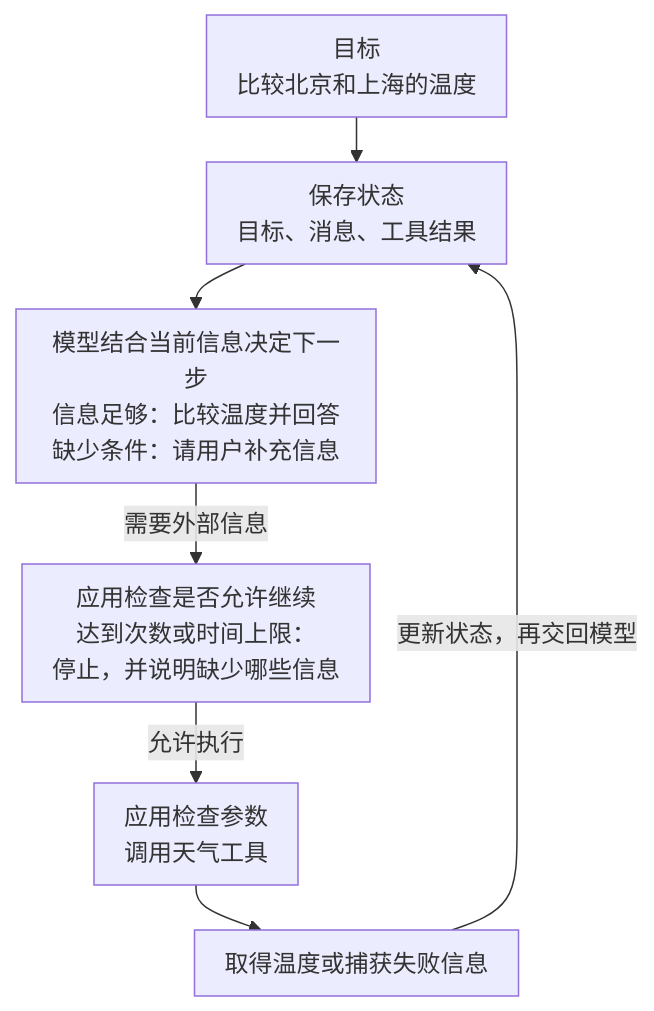
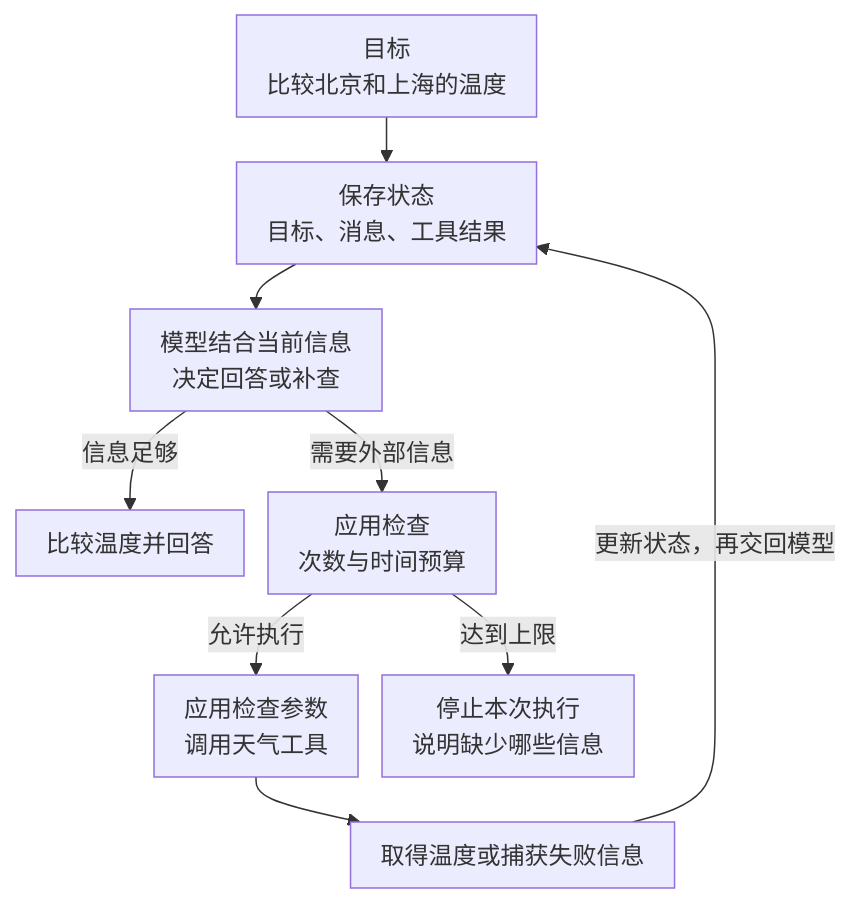
One commit to didilili/mianstack changed the diagram in questions/Q-0058.md. Above: the diagram before and after it, drawn with Mermaid. The commit also changed other lines of this file and 81 other files, not shown here.

````diff
--- a/questions/Q-0058.md
+++ b/questions/Q-0058.md
@@ -39,10 +39,12 @@
 ```mermaid
 %%{init: {"themeVariables":{"fontSize":"16px"},"flowchart":{"nodeSpacing":16,"rankSpacing":30,"padding":10}}}%%
 flowchart TD
     A["目标<br/>比较北京和上海的温度"] --> S["保存状态<br/>目标、消息、工具结果"]
-    S --> M["模型结合当前信息决定下一步<br/>信息足够：比较温度并回答<br/>缺少条件：请用户补充信息"]
-    M -->|需要外部信息| C["应用检查是否允许继续<br/>达到次数或时间上限：<br/>停止，并说明缺少哪些信息"]
+    S --> M["模型结合当前信息<br/>决定回答或补查"]
+    M -->|信息足够| F["比较温度并回答"]
+    M -->|需要外部信息| C["应用检查<br/>次数与时间预算"]
     C -->|允许执行| T["应用检查参数<br/>调用天气工具"]
+    C -->|达到上限| E["停止本次执行<br/>说明缺少哪些信息"]
     T --> R["取得温度或捕获失败信息"]
     R -->|更新状态，再交回模型| S
 ```
````
